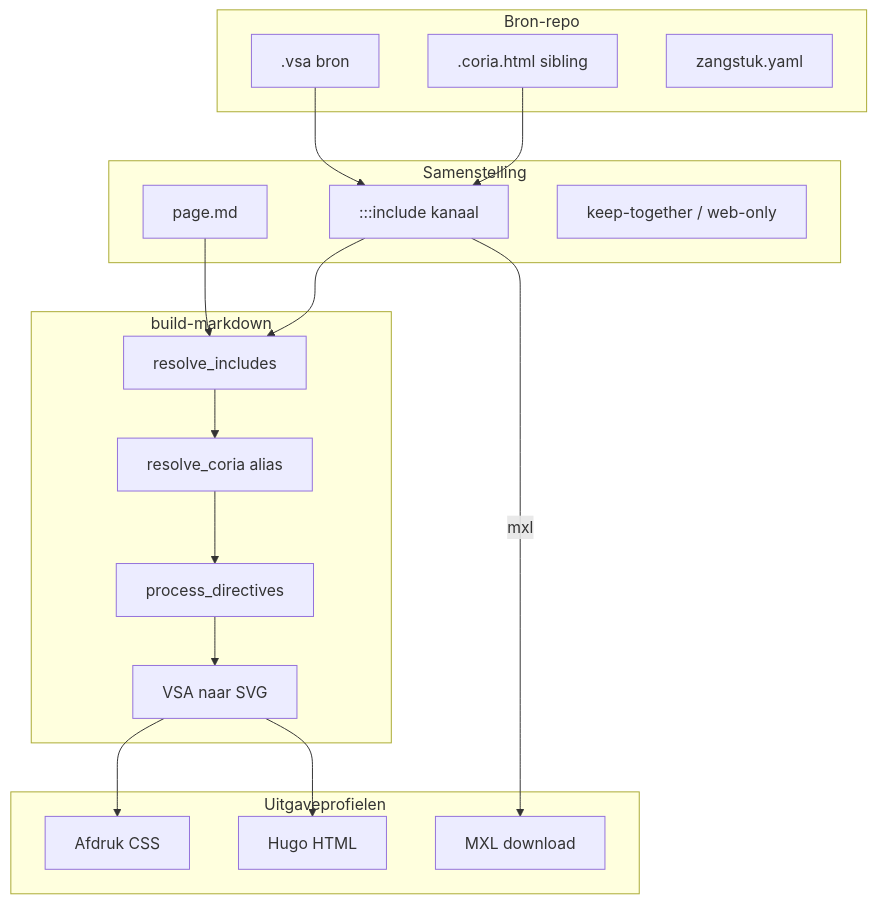
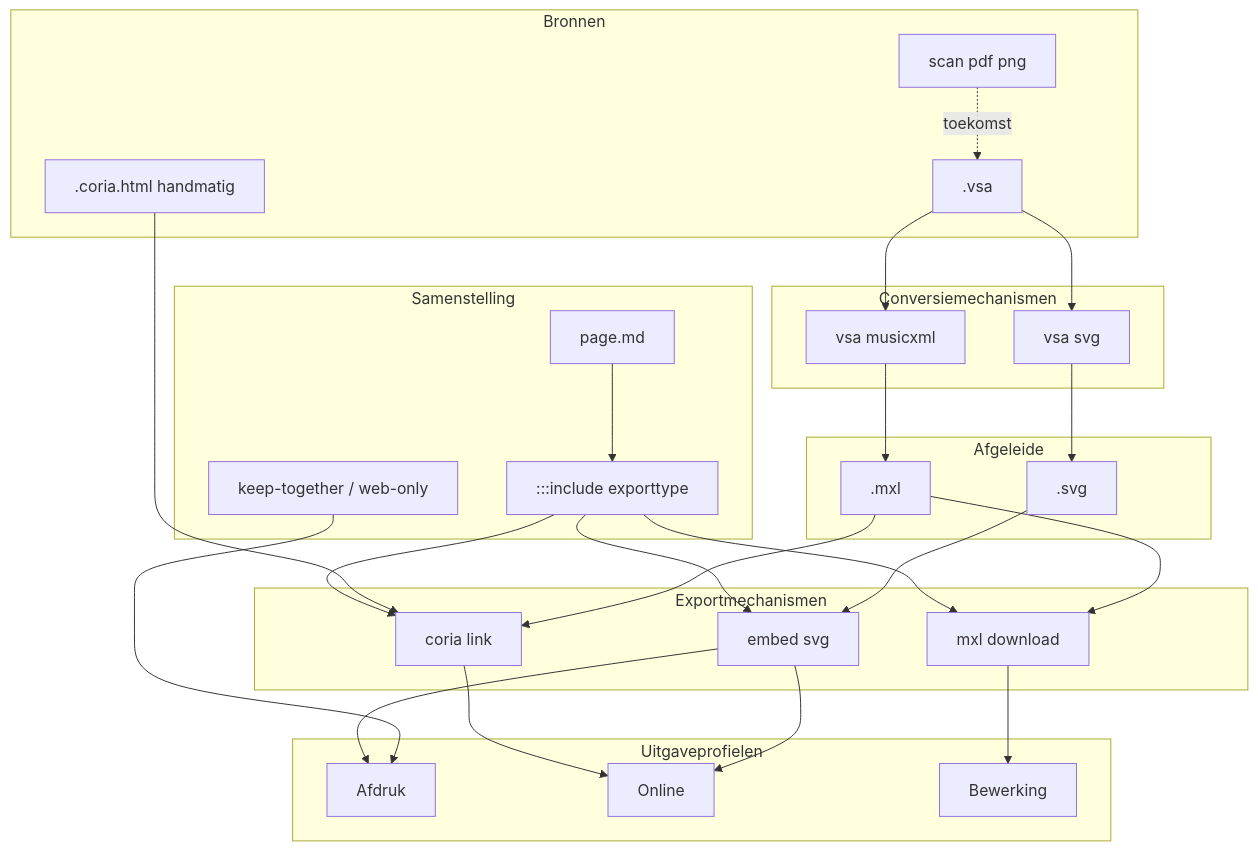
The fifth of 5 diagrams in docs/plan-samenstelling-uitgaveprofielen.md (orthodox-groningen/VSA-tooling), drawn with Mermaid before and after one commit. The commit also changed other lines of this file and 5 other files, not shown here.

Commit message:
begin met uitgaveprofielen, bron-repo spec, en update todo.

````diff
--- a/docs/plan-samenstelling-uitgaveprofielen.md
+++ b/docs/plan-samenstelling-uitgaveprofielen.md
@@ -235,38 +622,53 @@
 ```mermaid
 flowchart TB
-  subgraph bron [Bron-repo]
-    VSAfile[".vsa bron"]
-    CoriaFile[".coria.html sibling"]
-    ZangstukYaml["zangstuk.yaml"]
+  subgraph bron [Bronnen]
+    VSAfile[".vsa"]
+    ScanFile["scan pdf png"]
+    CoriaSrc[".coria.html handmatig"]
+  end
+
+  subgraph conversie [Conversiemechanismen]
+    VsaSvg["vsa svg"]
+    VsaMxl["vsa musicxml"]
+  end
+
+  subgraph afgeleide [Afgeleide]
+    SVGout[".svg"]
+    MXLout[".mxl"]
   end
 
   subgraph sam [Samenstelling]
     PageMD["page.md"]
-    ChannelInc[":::include kanaal"]
+    ExportInc[":::include exporttype"]
     LayoutDir["keep-together / web-only"]
   end
 
-  subgraph pipeline [build-markdown]
-    ResolveInc["resolve_includes"]
-    ResolveCoria["resolve_coria alias"]
-    ProcDir["process_directives"]
-    VsaSvg["VSA naar SVG"]
+  subgraph export [Exportmechanismen]
+    EmbSvg["embed svg"]
+    CoriaExp["coria link"]
+    MxlExp["mxl download"]
   end
 
   subgraph profiel [Uitgaveprofielen]
-    Print["Afdruk CSS"]
-    Online["Hugo HTML"]
-    Edit["MXL download"]
+    Print["Afdruk"]
+    Online["Online"]
+    Edit["Bewerking"]
   end
 
-  VSAfile --> ChannelInc
-  CoriaFile --> ChannelInc
-  PageMD --> ResolveInc
-  ChannelInc --> ResolveInc
-  ResolveInc --> ResolveCoria
-  ResolveCoria --> ProcDir
-  ProcDir --> VsaSvg
-  VsaSvg --> Print
-  VsaSvg --> Online
-  ChannelInc -->|mxl| Edit
+  VSAfile --> VsaSvg --> SVGout
+  VSAfile --> VsaMxl --> MXLout
+  ScanFile -.->|toekomst| VSAfile
+  PageMD --> ExportInc
+  SVGout --> EmbSvg
+  MXLout --> CoriaExp
+  MXLout --> MxlExp
+  CoriaSrc --> CoriaExp
+  ExportInc --> EmbSvg
+  ExportInc --> CoriaExp
+  ExportInc --> MxlExp
+  LayoutDir --> Print
+  EmbSvg --> Print
+  EmbSvg --> Online
+  CoriaExp --> Online
+  MxlExp --> Edit
 ```
````
